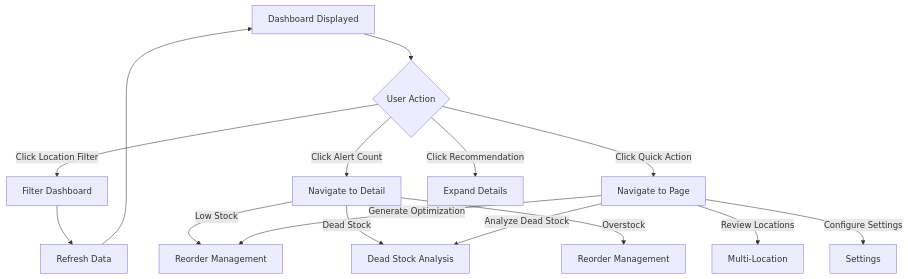
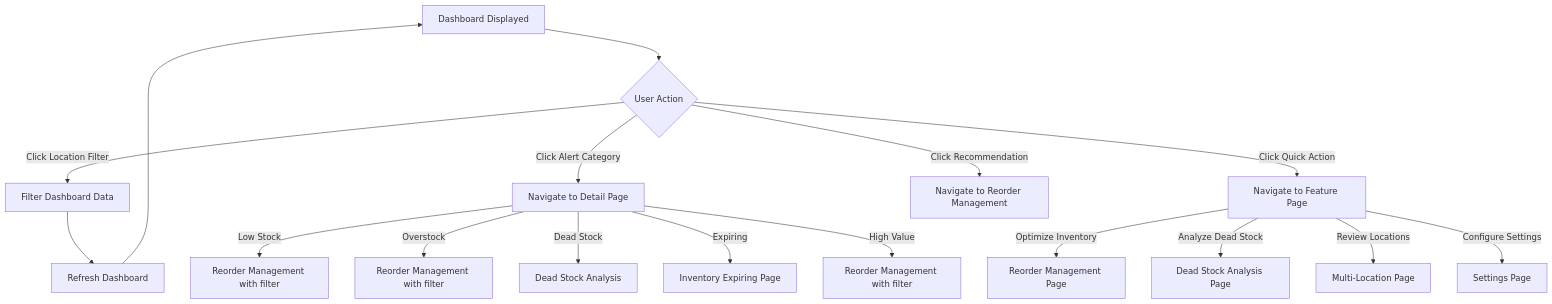
Before and after one commit to PeakMNA/carmen: the fourth of 32 diagrams in docs/app/operational-planning/inventory-planning/FD-inventory-planning.md, drawn with Mermaid. The commit also changed other lines of this file and 473 other files, not shown here.

````diff
--- a/docs/app/operational-planning/inventory-planning/FD-inventory-planning.md
+++ b/docs/app/operational-planning/inventory-planning/FD-inventory-planning.md
@@ -61,21 +97,23 @@
 ```mermaid
 graph TB
     A[Dashboard Displayed] --> B{User Action}
 
-    B -->|Click Location Filter| C[Filter Dashboard]
-    B -->|Click Alert Count| D[Navigate to Detail]
-    B -->|Click Quick Action| E[Navigate to Page]
-    B -->|Click Recommendation| F[Expand Details]
+    B -->|Click Location Filter| C[Filter Dashboard Data]
+    B -->|Click Alert Category| D[Navigate to Detail Page]
+    B -->|Click Quick Action| E[Navigate to Feature Page]
+    B -->|Click Recommendation| F[Navigate to Reorder Management]
 
-    C --> G[Refresh Data]
+    C --> G[Refresh Dashboard]
     G --> A
 
-    D -->|Low Stock| H[Reorder Management]
-    D -->|Dead Stock| I[Dead Stock Analysis]
-    D -->|Overstock| J[Reorder Management]
+    D -->|Low Stock| H[Reorder Management with filter]
+    D -->|Overstock| I[Reorder Management with filter]
+    D -->|Dead Stock| J[Dead Stock Analysis]
+    D -->|Expiring| K[Inventory Expiring Page]
+    D -->|High Value| L[Reorder Management with filter]
 
-    E -->|Generate Optimization| H
-    E -->|Analyze Dead Stock| I
-    E -->|Review Locations| K[Multi-Location]
-    E -->|Configure Settings| L[Settings]
+    E -->|Optimize Inventory| M[Reorder Management Page]
+    E -->|Analyze Dead Stock| N[Dead Stock Analysis Page]
+    E -->|Review Locations| O[Multi-Location Page]
+    E -->|Configure Settings| P[Settings Page]
 ```
````
